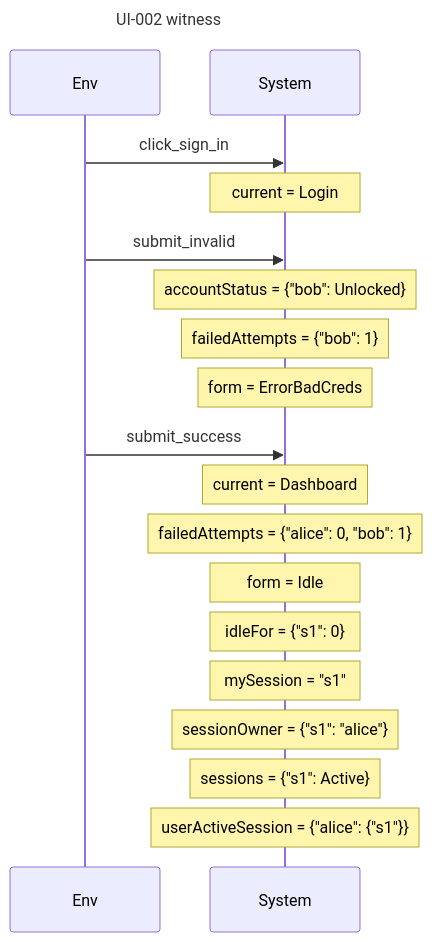
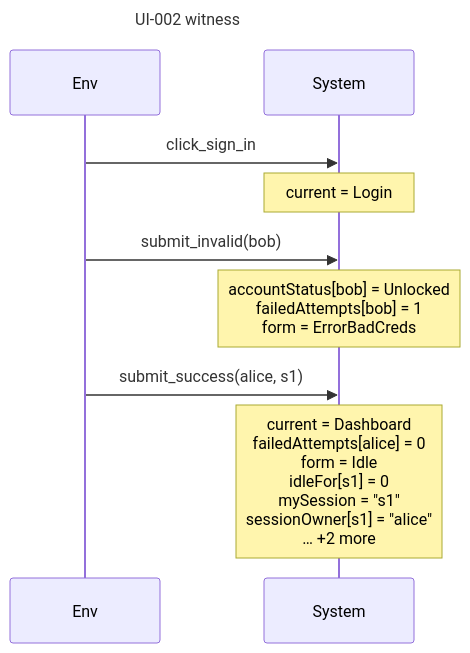
One commit to AlesKracik/quintessence changed the fourth of 9 diagrams in examples/specs/auth-ui.readback.md. Above: the diagram before and after it, drawn with Mermaid. The commit also changed other lines of this file and 17 other files, not shown here.

````diff
--- a/examples/specs/auth-ui.readback.md
+++ b/examples/specs/auth-ui.readback.md
@@ -339,21 +359,12 @@
 ```mermaid
 sequenceDiagram
     title UI-002 witness
     participant E as Env
     participant S as System
     E->>S: click_sign_in
     Note over S: current = Login
-    E->>S: submit_invalid
-    Note over S: accountStatus = {"bob": Unlocked}
-    Note over S: failedAttempts = {"bob": 1}
-    Note over S: form = ErrorBadCreds
-    E->>S: submit_success
-    Note over S: current = Dashboard
-    Note over S: failedAttempts = {"alice": 0, "bob": 1}
-    Note over S: form = Idle
-    Note over S: idleFor = {"s1": 0}
-    Note over S: mySession = "s1"
-    Note over S: sessionOwner = {"s1": "alice"}
-    Note over S: sessions = {"s1": Active}
-    Note over S: userActiveSession = {"alice": {"s1"}}
+    E->>S: submit_invalid(bob)
+    Note over S: accountStatus[bob] = Unlocked<br/>failedAttempts[bob] = 1<br/>form = ErrorBadCreds
+    E->>S: submit_success(alice, s1)
+    Note over S: current = Dashboard<br/>failedAttempts[alice] = 0<br/>form = Idle<br/>idleFor[s1] = 0<br/>mySession = "s1"<br/>sessionOwner[s1] = "alice"<br/>… +2 more
 ```
````
